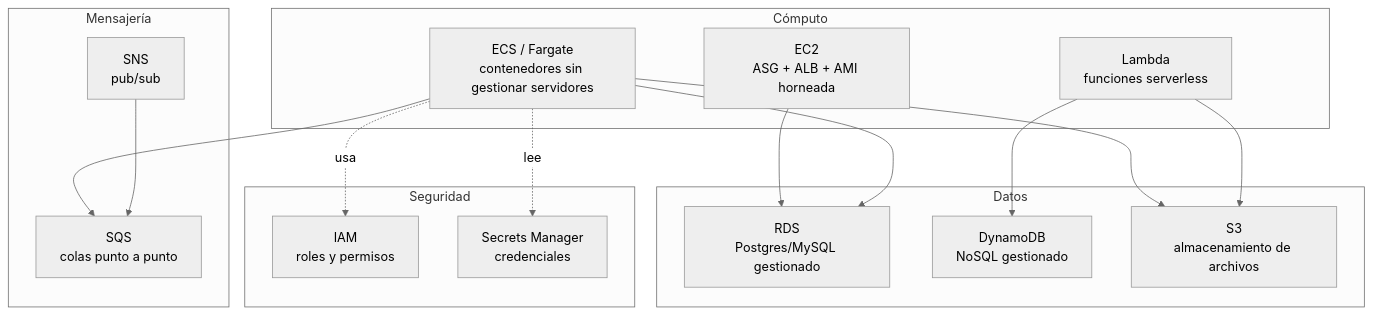
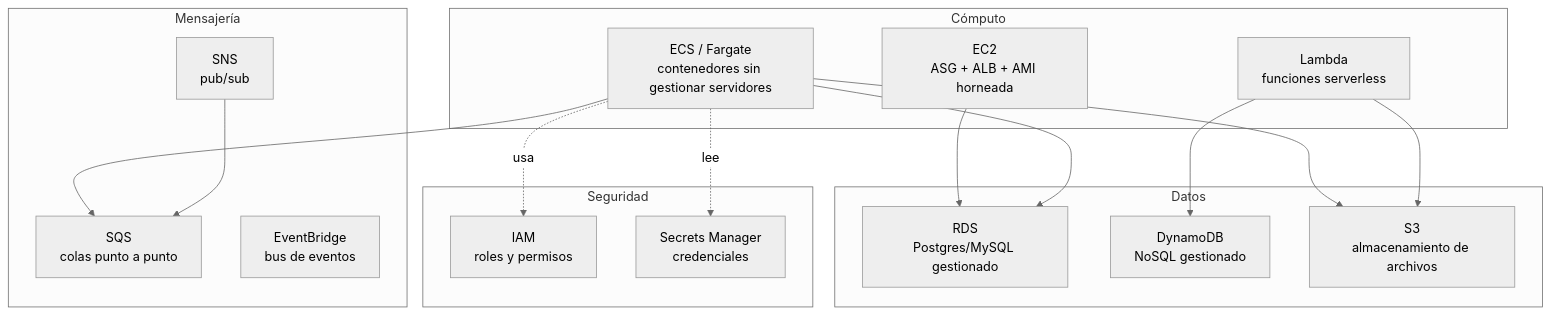
Before and after one commit to edzamo/software-engineering: the third of 3 diagrams in cloud-aws/README.md, drawn with Mermaid (neutral theme). The commit also changed other lines of this file, not shown here.

````diff
--- a/cloud-aws/README.md
+++ b/cloud-aws/README.md
@@ -9,31 +57,32 @@
 ```mermaid
 graph TB
     subgraph compute[" Cómputo "]
         EC2["EC2<br/>ASG + ALB + AMI horneada"]
         ECS["ECS / Fargate<br/>contenedores sin gestionar servidores"]
         Lambda["Lambda<br/>funciones serverless"]
     end
     subgraph data[" Datos "]
         RDS["RDS<br/>Postgres/MySQL gestionado"]
         Dynamo["DynamoDB<br/>NoSQL gestionado"]
         S3["S3<br/>almacenamiento de archivos"]
     end
     subgraph messaging[" Mensajería "]
         SQS["SQS<br/>colas punto a punto"]
         SNS["SNS<br/>pub/sub"]
+        EB["EventBridge<br/>bus de eventos"]
     end
     subgraph security[" Seguridad "]
         IAM["IAM<br/>roles y permisos"]
         Secrets["Secrets Manager<br/>credenciales"]
     end
 
     EC2 --> RDS
     ECS --> RDS
     ECS --> S3
     ECS --> SQS
     Lambda --> S3
     Lambda --> Dynamo
     SNS --> SQS
     ECS -.usa.-> IAM
     ECS -.lee.-> Secrets
 ```
````
